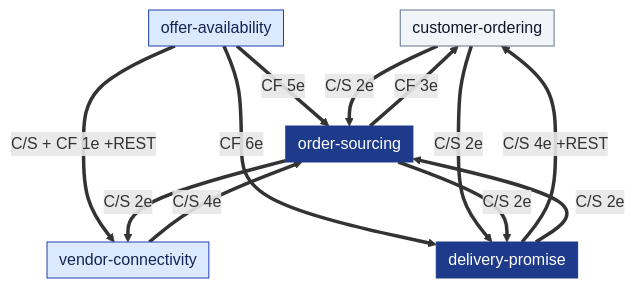
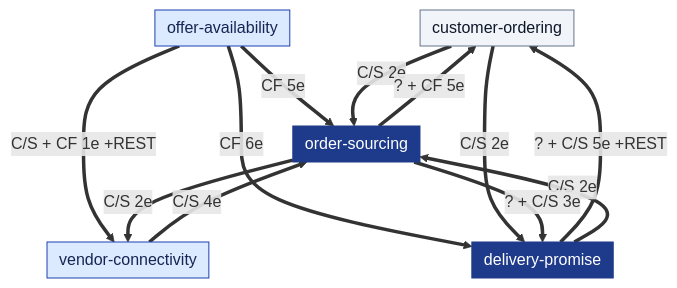
One commit to IQVO/warehouse-docs changed the second of 4 diagrams in docs/strategic-design/context-map.md. Above: the diagram before and after it, drawn with Mermaid. The commit also changed other lines of this file and 2 other files, not shown here.

````diff
--- a/docs/strategic-design/context-map.md
+++ b/docs/strategic-design/context-map.md
@@ -62,24 +62,24 @@
 ```mermaid
 %%{init: {"flowchart": {"nodeSpacing": 22, "rankSpacing": 56, "padding": 6}}}%%
 flowchart TB
     classDef core fill:#1e3a8a,stroke:#1e3a8a,color:#fff
     classDef sup fill:#dbeafe,stroke:#1e40af,color:#172554
     classDef gen fill:#f1f5f9,stroke:#64748b,color:#0f172a
     classDef ext fill:#ffe3e3,stroke:#c92a2a,color:#000
     CO["customer-ordering"]:::gen
     DP["delivery-promise"]:::core
     OS["order-sourcing"]:::core
     OA["offer-availability"]:::sup
     VC["vendor-connectivity"]:::sup
     OA ==>|"CF 6e"| DP
     OA ==>|"CF 5e"| OS
     OA ==>|"C/S + CF 1e +REST"| VC
-    DP ==>|"C/S 4e +REST"| CO
+    DP ==>|"? + C/S 5e +REST"| CO
     DP ==>|"C/S 2e"| OS
     CO ==>|"C/S 2e"| OS
     CO ==>|"C/S 2e"| DP
     OS ==>|"C/S 2e"| VC
-    OS ==>|"C/S 2e"| DP
-    OS ==>|"CF 3e"| CO
+    OS ==>|"? + C/S 3e"| DP
+    OS ==>|"? + CF 5e"| CO
     VC ==>|"C/S 4e"| OS
 ```
````
